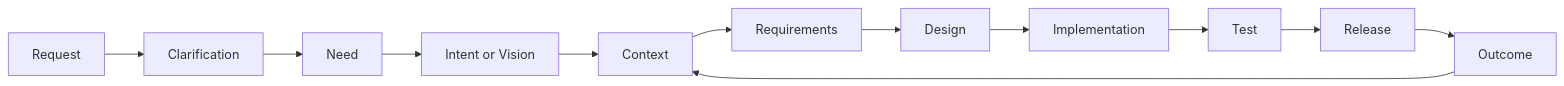
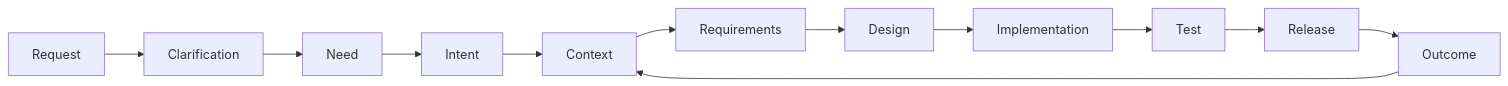
One commit to popcoondev/ai-organization-framework changed the first of 2 diagrams in docs/aidlc-pilot.md. Above: the diagram before and after it, drawn with Mermaid. The commit also changed other lines of this file and 1 other file, not shown here.

````diff
--- a/docs/aidlc-pilot.md
+++ b/docs/aidlc-pilot.md
@@ -32,17 +32,17 @@
 ```mermaid
 flowchart LR
     request[Request]
     clarify[Clarification]
     need[Need]
-    intent[Intent or Vision]
+    intent[Intent]
     context[Context]
     req[Requirements]
     design[Design]
     impl[Implementation]
     test[Test]
     release[Release]
     outcome[Outcome]
 
     request --> clarify --> need --> intent --> context --> req --> design --> impl --> test --> release --> outcome
     outcome --> context
 ```
````
